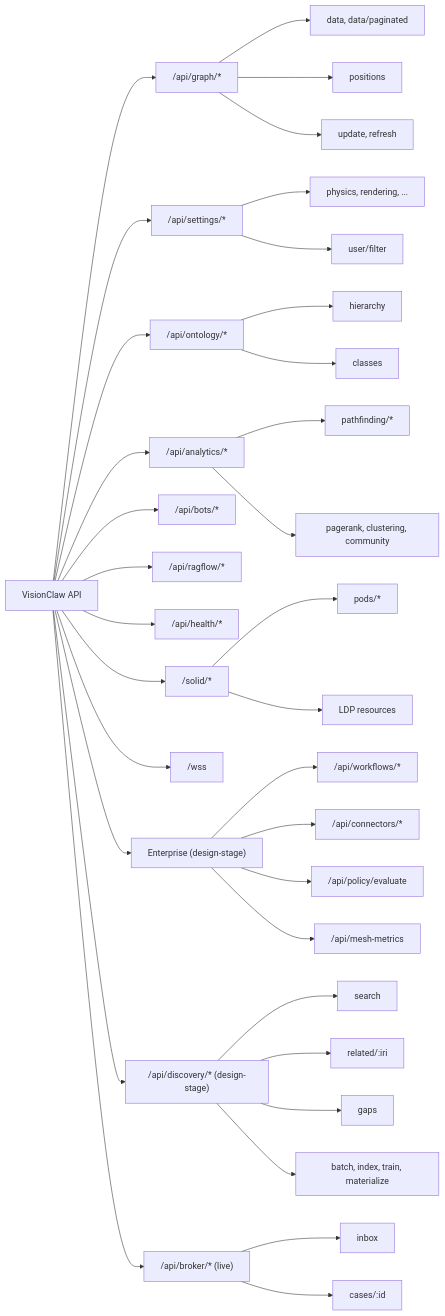
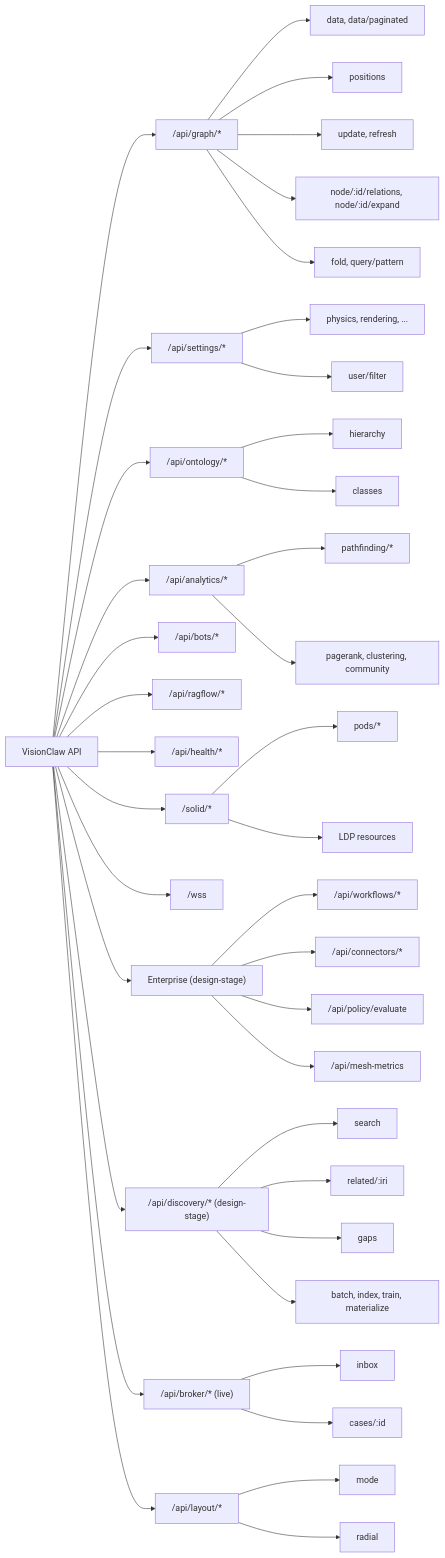
The first of 2 diagrams in docs/reference/rest-api.md (DreamLab-AI/AR-AI-Knowledge-Graph), drawn with Mermaid before and after one commit. The commit also changed other lines of this file and 57 other files, not shown here.

First line of the commit message:
docs: ecosystem docs overhaul — content refresh, link integrity, diagrams-as-code

````diff
--- a/docs/reference/rest-api.md
+++ b/docs/reference/rest-api.md
@@ -38,38 +38,43 @@
 ```mermaid
 graph LR
     A["VisionClaw API"] --> B["/api/graph/*"]
     A --> C["/api/settings/*"]
     A --> D["/api/ontology/*"]
     A --> E["/api/analytics/*"]
     A --> F["/api/bots/*"]
     A --> G["/api/ragflow/*"]
     A --> H["/api/health/*"]
     A --> I["/solid/*"]
     A --> J["/wss"]
     A --> K["Enterprise (design-stage)"]
     A --> L["/api/discovery/* (design-stage)"]
     A --> M["/api/broker/* (live)"]
 
     L --> L1["search"]
     L --> L2["related/:iri"]
     L --> L3["gaps"]
     L --> L4["batch, index, train, materialize"]
 
+    A --> N["/api/layout/*"]
     B --> B1["data, data/paginated"]
     B --> B2["positions"]
     B --> B3["update, refresh"]
+    B --> B4["node/:id/relations, node/:id/expand"]
+    B --> B5["fold, query/pattern"]
+    N --> N1["mode"]
+    N --> N2["radial"]
     C --> C1["physics, rendering, ..."]
     C --> C2["user/filter"]
     D --> D1["hierarchy"]
     D --> D2["classes"]
     E --> E1["pathfinding/*"]
     E --> E2["pagerank, clustering, community"]
     I --> I1["pods/*"]
     I --> I2["LDP resources"]
     M --> M1["inbox"]
     M --> M2["cases/:id"]
     K --> K2["/api/workflows/*"]
     K --> K3["/api/connectors/*"]
     K --> K4["/api/policy/evaluate"]
     K --> K5["/api/mesh-metrics"]
 ```
````
